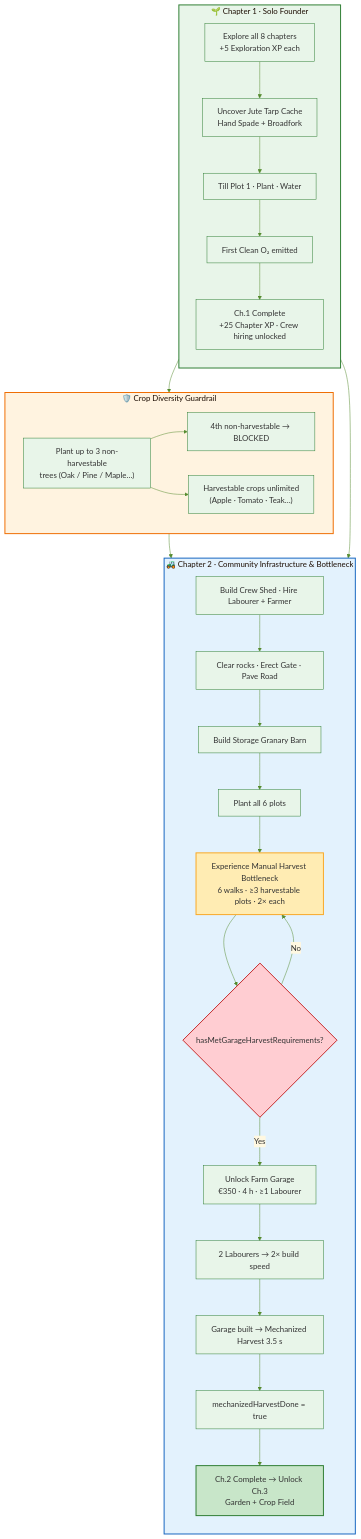
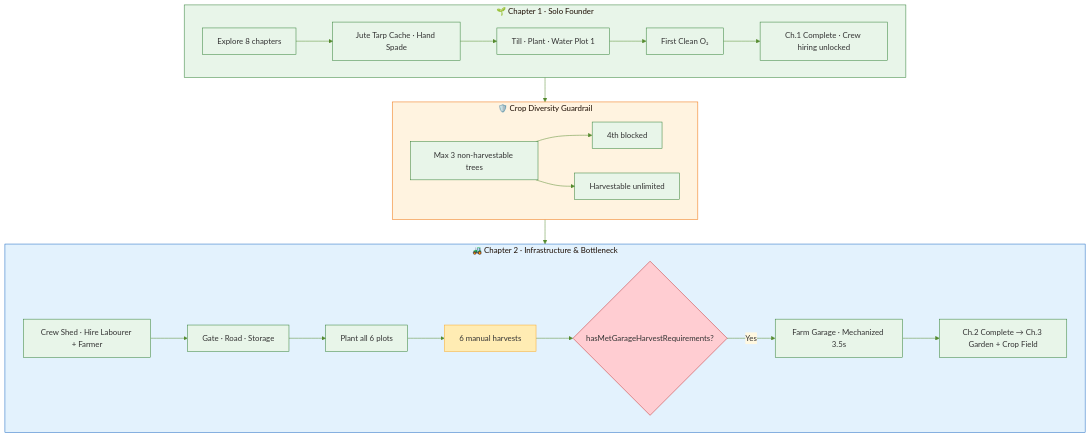
Before and after one commit to mishu-anik23/searchO2: the first of 5 diagrams in README.md, drawn with Mermaid. The commit also changed other lines of this file, not shown here.

Commit message:
docs: complete README — all features (Germany farm, Blue Lab, OxyForge), latest updates Oct 9–13, Mermaid diagrams

````diff
--- a/README.md
+++ b/README.md
@@ -30,46 +39,28 @@
 ```mermaid
-%%{init: {'theme':'base', 'themeVariables': { 'primaryColor':'#E8F5E9','secondaryColor':'#FFF8E1','tertiaryColor':'#E3F2FD','primaryBorderColor':'#2E7D32','lineColor':'#558B2F','fontFamily':'Nunito, sans-serif'}}}%%
+%%{init: {'theme':'base', 'themeVariables': { 'primaryColor':'#E8F5E9','secondaryColor':'#FFF8E1','tertiaryColor':'#E3F2FD','primaryBorderColor':'#2E7D32','lineColor':'#558B2F'}}}%%
 flowchart TD
     subgraph CH1["🌱 Chapter 1 · Solo Founder"]
-        direction TB
-        A1["Explore all 8 chapters<br/>+5 Exploration XP each"] --> A2["Uncover Jute Tarp Cache<br/>Hand Spade + Broadfork"]
-        A2 --> A3["Till Plot 1 · Plant · Water"]
-        A3 --> A4["First Clean O₂ emitted"]
-        A4 --> A5["Ch.1 Complete<br/>+25 Chapter XP · Crew hiring unlocked"]
+        A1["Explore 8 chapters"] --> A2["Jute Tarp Cache · Hand Spade"]
+        A2 --> A3["Till · Plant · Water Plot 1"]
+        A3 --> A4["First Clean O₂"]
+        A4 --> A5["Ch.1 Complete · Crew hiring unlocked"]
     end
-
     subgraph GUARD["🛡️ Crop Diversity Guardrail"]
-        direction LR
-        G1["Plant up to 3 non-harvestable<br/>trees (Oak / Pine / Maple…)"]
-        G2["4th non-harvestable → BLOCKED"]
-        G3["Harvestable crops unlimited<br/>(Apple · Tomato · Teak…)"]
-        G1 --> G2
-        G1 --> G3
+        G1["Max 3 non-harvestable trees"] --> G2["4th blocked"]
+        G1 --> G3["Harvestable unlimited"]
     end
-
-    subgraph CH2["🚜 Chapter 2 · Community Infrastructure & Bottleneck"]
-        direction TB
-        B1["Build Crew Shed · Hire Labourer + Farmer"] --> B2["Clear rocks · Erect Gate · Pave Road"]
-        B2 --> B3["Build Storage Granary Barn"]
-        B3 --> B4["Plant all 6 plots"]
-        B4 --> B5["Experience Manual Harvest Bottleneck<br/>6 walks · ≥3 harvestable plots · 2× each"]
-        B5 --> B6{"hasMetGarageHarvestRequirements?"}
-        B6 -->|Yes| B7["Unlock Farm Garage<br/>€350 · 4 h · ≥1 Labourer"]
-        B6 -->|No| B5
-        B7 --> B8["2 Labourers → 2× build speed"]
-        B8 --> B9["Garage built → Mechanized Harvest 3.5 s"]
-        B9 --> B10["mechanizedHarvestDone = true"]
-        B10 --> B11["Ch.2 Complete → Unlock Ch.3<br/>Garden + Crop Field"]
+    subgraph CH2["🚜 Chapter 2 · Infrastructure & Bottleneck"]
+        B1["Crew Shed · Hire Labourer + Farmer"] --> B2["Gate · Road · Storage"]
+        B2 --> B3["Plant all 6 plots"]
+        B3 --> B4["6 manual harvests"]
+        B4 --> B5{"hasMetGarageHarvestRequirements?"}
+        B5 -->|Yes| B6["Farm Garage · Mechanized 3.5s"]
+        B6 --> B7["Ch.2 Complete → Ch.3 Garden + Crop Field"]
     end
-
-    CH1 --> GUARD
-    GUARD --> CH2
-    A5 --> B1
-
-    style CH1 fill:#E8F5E9,stroke:#2E7D32,stroke-width:2px
-    style GUARD fill:#FFF3E0,stroke:#EF6C00,stroke-width:2px
-    style CH2 fill:#E3F2FD,stroke:#1565C0,stroke-width:2px
-    style B5 fill:#FFECB3,stroke:#F9A825,stroke-width:2px
-    style B6 fill:#FFCDD2,stroke:#C62828,stroke-width:2px
-    style B11 fill:#C8E6C9,stroke:#2E7D32,stroke-width:2px
+    CH1 --> GUARD --> CH2
+    style CH1 fill:#E8F5E9,stroke:#2E7D32
+    style GUARD fill:#FFF3E0,stroke:#EF6C00
+    style CH2 fill:#E3F2FD,stroke:#1565C0
+    style B4 fill:#FFECB3,stroke:#F9A825
+    style B5 fill:#FFCDD2,stroke:#C62828
 ```
````
